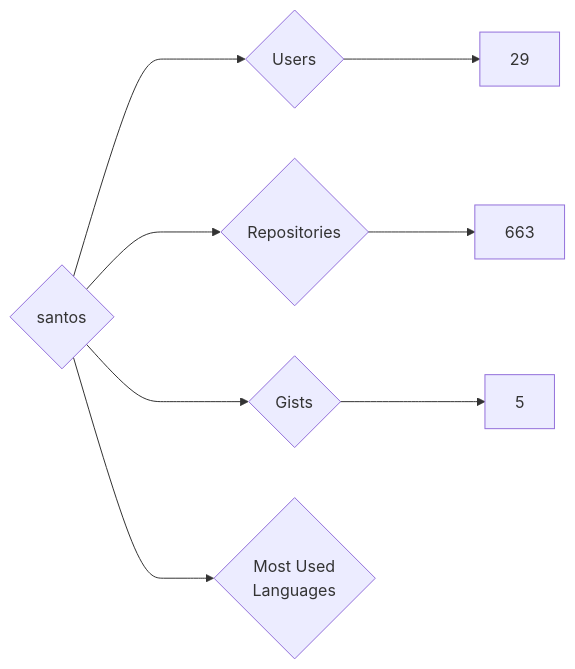
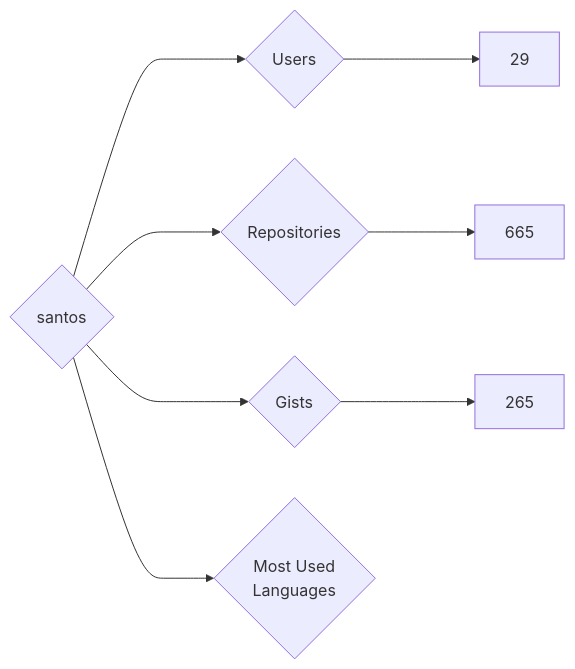
Before and after one commit to nenadzaric/insiders: the diagram in targets/santos/README.md, drawn with Mermaid. The commit also changed 1342 other files, not shown here.

````diff
--- a/targets/santos/README.md
+++ b/targets/santos/README.md
@@ -3,8 +3,8 @@
 ```mermaid
 graph LR
 COMPANY_NAME{santos}
 COMPANY_NAME ---> U{Users} ---> UN[29]
-COMPANY_NAME ---> R{Repositories} ---> RN[663]
-COMPANY_NAME ---> G{Gists} ---> GN[5]
+COMPANY_NAME ---> R{Repositories} ---> RN[665]
+COMPANY_NAME ---> G{Gists} ---> GN[265]
 COMPANY_NAME ---> ML{Most Used<br>Languages}
 ```
````
